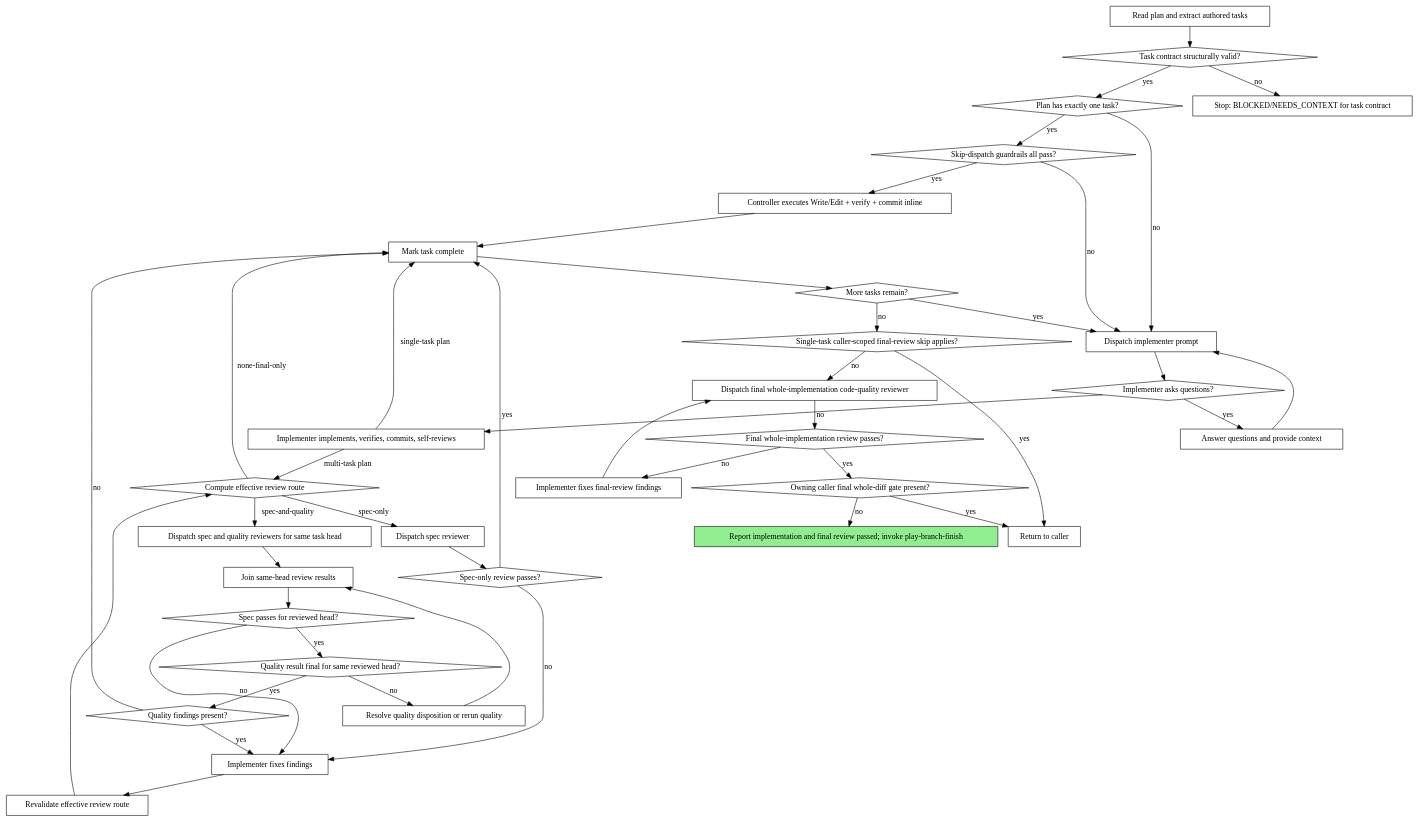
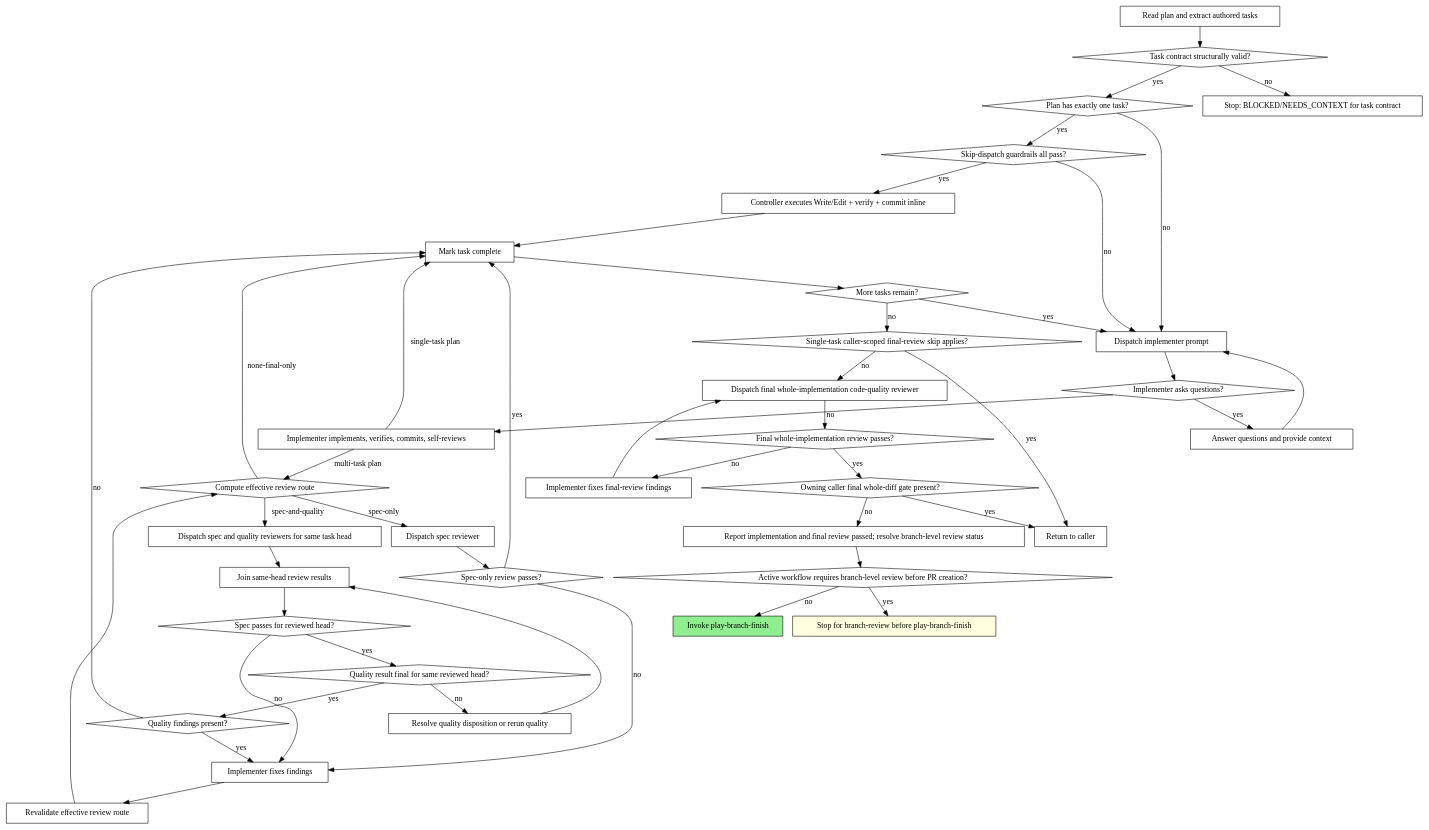
The second of 2 diagrams in skills/play-subagent-execution/references/process-diagrams.md (ryumiel/devcanon), drawn with Graphviz before and after one commit. The commit also changed other lines of this file and 1 other file, not shown here.

Commit message:
fix(skill): align subagent process diagram handoff

````diff
--- a/skills/play-subagent-execution/references/process-diagrams.md
+++ b/skills/play-subagent-execution/references/process-diagrams.md
@@ -58,7 +58,10 @@
     "Implementer fixes final-review findings" [shape=box];
     "Owning caller final whole-diff gate present?" [shape=diamond];
     "Return to caller" [shape=box];
-    "Report implementation and final review passed; invoke play-branch-finish" [shape=box style=filled fillcolor=lightgreen];
+    "Report implementation and final review passed; resolve branch-level review status" [shape=box];
+    "Active workflow requires branch-level review before PR creation?" [shape=diamond];
+    "Stop for branch-review before play-branch-finish" [shape=box style=filled fillcolor=lightyellow];
+    "Invoke play-branch-finish" [shape=box style=filled fillcolor=lightgreen];
     "Stop: BLOCKED/NEEDS_CONTEXT for task contract" [shape=box];
 
     "Read plan and extract authored tasks" -> "Task contract structurally valid?";
@@ -102,6 +105,9 @@
     "Implementer fixes final-review findings" -> "Dispatch final whole-implementation code-quality reviewer";
     "Final whole-implementation review passes?" -> "Owning caller final whole-diff gate present?" [label="yes"];
     "Owning caller final whole-diff gate present?" -> "Return to caller" [label="yes"];
-    "Owning caller final whole-diff gate present?" -> "Report implementation and final review passed; invoke play-branch-finish" [label="no"];
+    "Owning caller final whole-diff gate present?" -> "Report implementation and final review passed; resolve branch-level review status" [label="no"];
+    "Report implementation and final review passed; resolve branch-level review status" -> "Active workflow requires branch-level review before PR creation?";
+    "Active workflow requires branch-level review before PR creation?" -> "Stop for branch-review before play-branch-finish" [label="yes"];
+    "Active workflow requires branch-level review before PR creation?" -> "Invoke play-branch-finish" [label="no"];
 }
 ```
````
